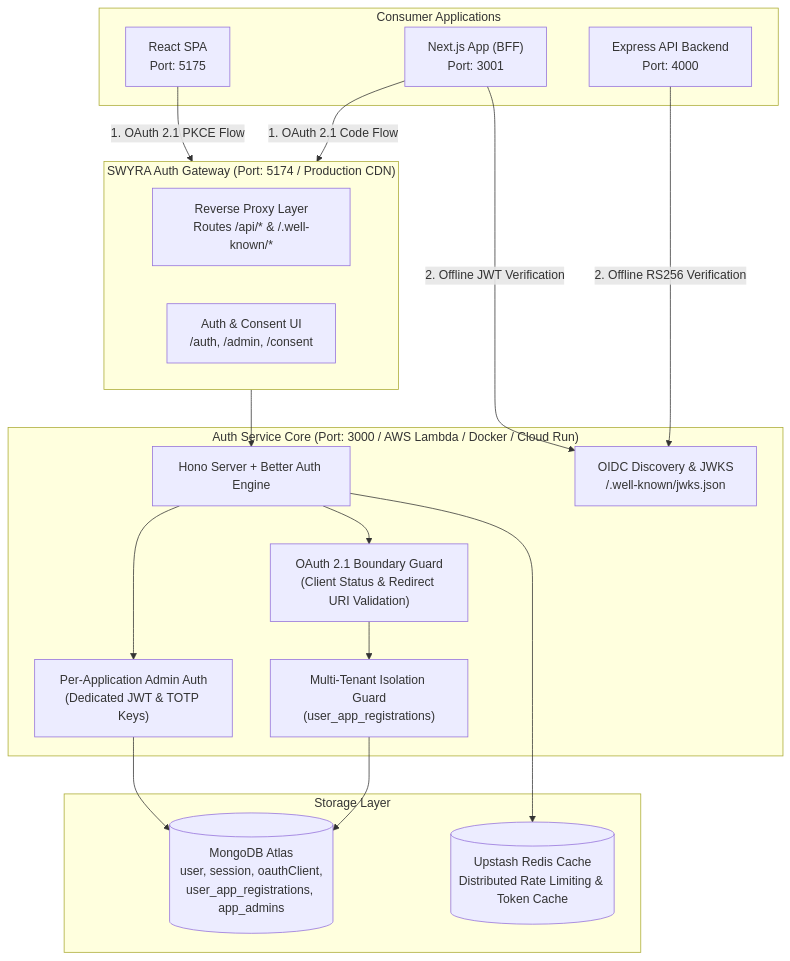
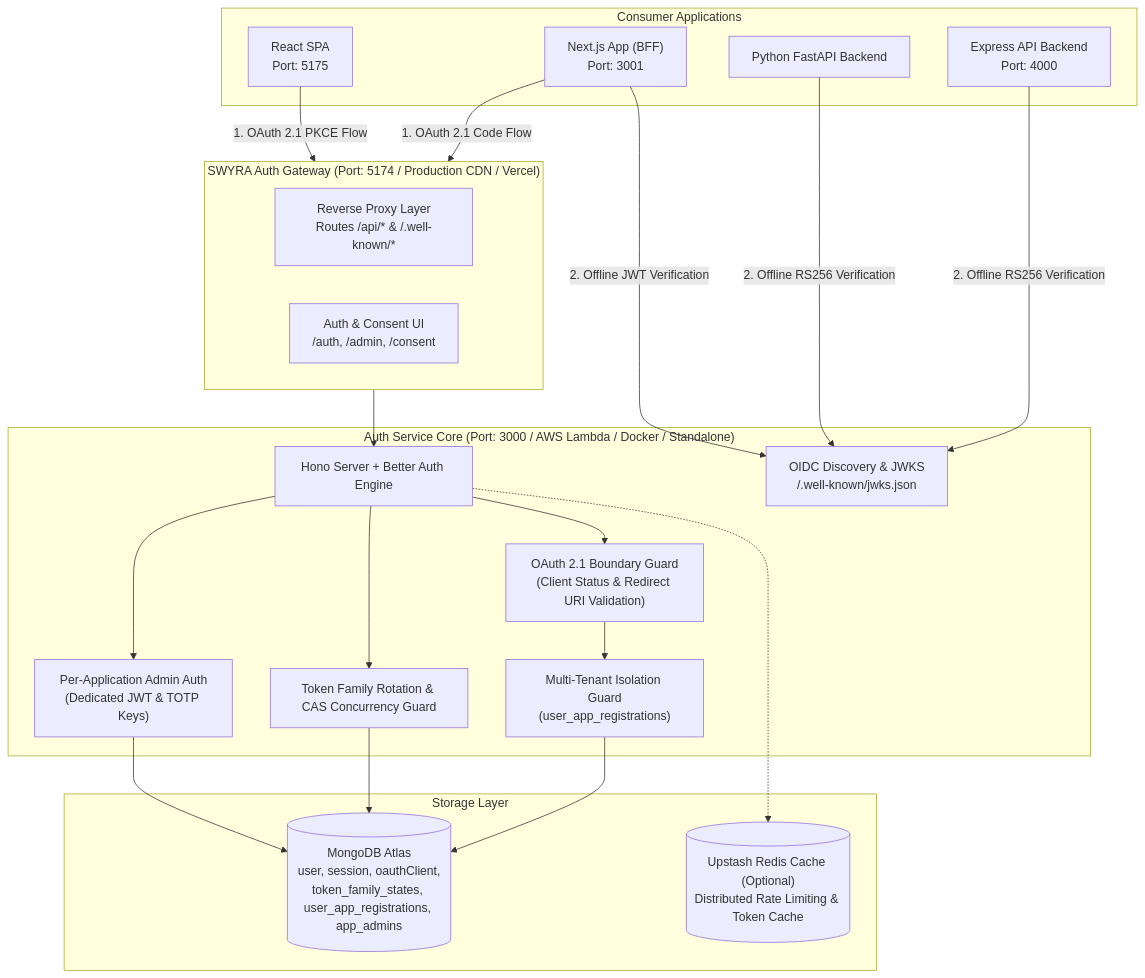
One commit to SGOD-pro/OAuth2.1 changed the diagram in README.md. Above: the diagram before and after it, drawn with Mermaid. The commit also changed other lines of this file and 13 other files, not shown here.

````diff
--- a/README.md
+++ b/README.md
@@ -11,38 +20,43 @@
 ```mermaid
 flowchart TD
     subgraph Clients["Consumer Applications"]
         NextApp["Next.js App (BFF)<br/>Port: 3001"]
         ReactApp["React SPA<br/>Port: 5175"]
         ExpressApp["Express API Backend<br/>Port: 4000"]
+        FastAPIApp["Python FastAPI Backend"]
     end
 
-    subgraph Gateway["SWYRA Auth Gateway (Port: 5174 / Production CDN)"]
+    subgraph Gateway["SWYRA Auth Gateway (Port: 5174 / Production CDN / Vercel)"]
         ViteProxy["Reverse Proxy Layer<br/>Routes /api/* & /.well-known/*"]
         AuthUI["Auth & Consent UI<br/>/auth, /admin, /consent"]
     end
 
-    subgraph Core["Auth Service Core (Port: 3000 / AWS Lambda / Docker / Cloud Run)"]
+    subgraph Core["Auth Service Core (Port: 3000 / AWS Lambda / Docker / Standalone)"]
         HonoApp["Hono Server + Better Auth Engine"]
         OAuthBoundary["OAuth 2.1 Boundary Guard<br/>(Client Status & Redirect URI Validation)"]
         AppIsolation["Multi-Tenant Isolation Guard<br/>(user_app_registrations)"]
+        TokenFamily["Token Family Rotation & CAS Concurrency Guard"]
         AppAdminService["Per-Application Admin Auth<br/>(Dedicated JWT & TOTP Keys)"]
         JWKSEndpoint["OIDC Discovery & JWKS<br/>/.well-known/jwks.json"]
     end
 
     subgraph Data["Storage Layer"]
-        MongoDB[("MongoDB Atlas<br/>user, session, oauthClient,<br/>user_app_registrations, app_admins")]
-        Redis[("Upstash Redis Cache<br/>Distributed Rate Limiting & Token Cache")]
+        MongoDB[("MongoDB Atlas<br/>user, session, oauthClient,<br/>token_family_states, user_app_registrations, app_admins")]
+        Redis[("Upstash Redis Cache (Optional)<br/>Distributed Rate Limiting & Token Cache")]
     end
 
     NextApp -- "1. OAuth 2.1 Code Flow" --> Gateway
     ReactApp -- "1. OAuth 2.1 PKCE Flow" --> Gateway
     Gateway --> HonoApp
     HonoApp --> OAuthBoundary
     OAuthBoundary --> AppIsolation
+    HonoApp --> TokenFamily
     AppIsolation --> MongoDB
+    TokenFamily --> MongoDB
     HonoApp --> AppAdminService
     AppAdminService --> MongoDB
-    HonoApp --> Redis
+    HonoApp -.-> Redis
     ExpressApp -- "2. Offline RS256 Verification" --> JWKSEndpoint
+    FastAPIApp -- "2. Offline RS256 Verification" --> JWKSEndpoint
     NextApp -- "2. Offline JWT Verification" --> JWKSEndpoint
 ```
````
